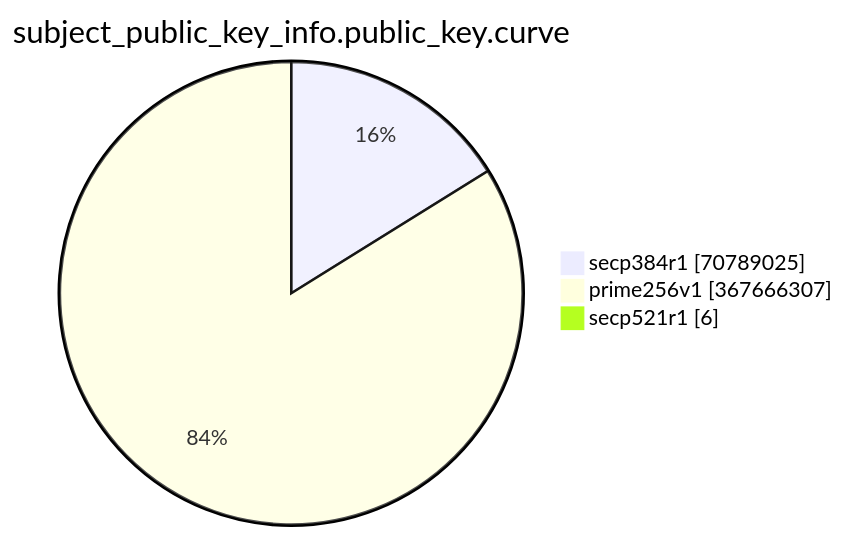
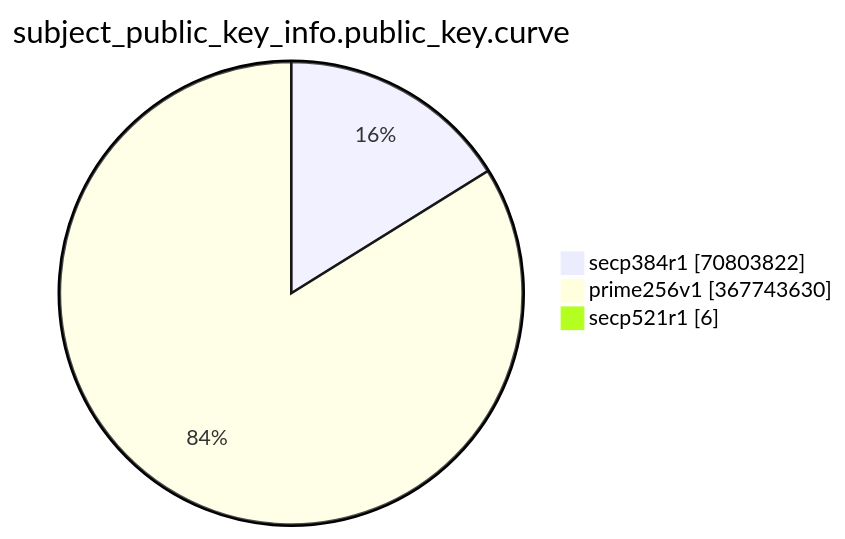
Before and after one commit to christiankrug/ctmonitor_visualization: the eighth of 15 diagrams in TOTAL/README.md, drawn with Mermaid. The commit also changed other lines of this file, not shown here.

````diff
--- a/TOTAL/README.md
+++ b/TOTAL/README.md
@@ -3094,7 +3094,7 @@
 ```mermaid
 pie showData
 title subject_public_key_info.public_key.curve
-"secp384r1" :70789025
-"prime256v1" :367666307
+"secp384r1" :70803822
+"prime256v1" :367743630
 "secp521r1" :6
 ```
````
